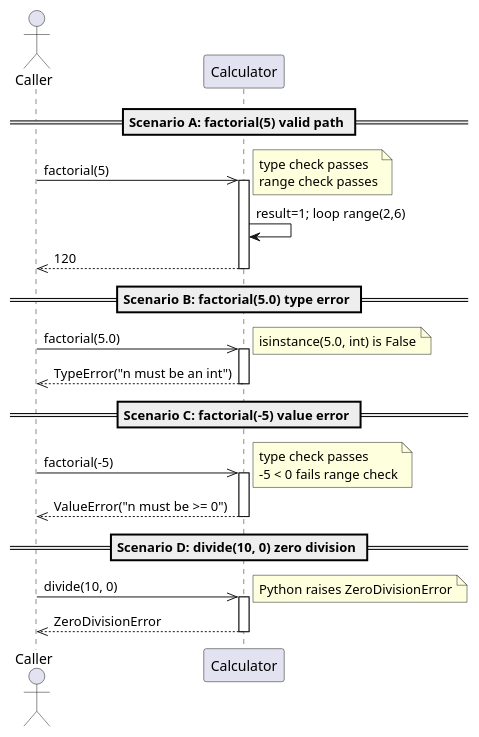
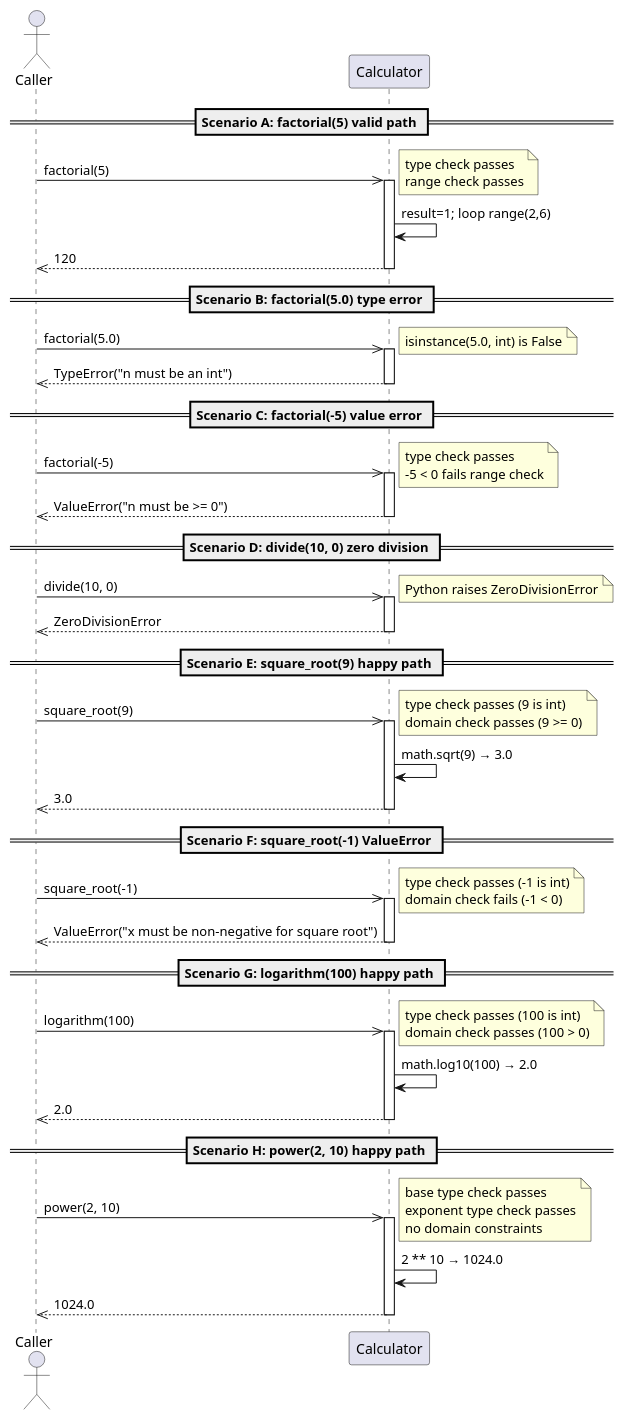
One commit to DanielRiha8906/Calculator_bachelor_autoevolution_team changed the diagram in artifacts/sequence_calculator_operations.puml. Above: the diagram before and after it, drawn with PlantUML. The commit also changed 3 other files, not shown here.

Commit message:
docs: add UML diagrams for expert operations (issue #244)

```diff
--- a/artifacts/sequence_calculator_operations.puml
+++ b/artifacts/sequence_calculator_operations.puml
@@ -1,39 +1,74 @@
 @startuml sequence_calculator_operations
 
 actor Caller
 participant "Calculator" as Calc
 
 == Scenario A: factorial(5) valid path ==
 
 Caller ->> Calc : factorial(5)
 activate Calc
 note right : type check passes\nrange check passes
 Calc -> Calc : result=1; loop range(2,6)
 Calc -->> Caller : 120
 deactivate Calc
 
 == Scenario B: factorial(5.0) type error ==
 
 Caller ->> Calc : factorial(5.0)
 activate Calc
 note right : isinstance(5.0, int) is False
 Calc -->> Caller : TypeError("n must be an int")
 deactivate Calc
 
 == Scenario C: factorial(-5) value error ==
 
 Caller ->> Calc : factorial(-5)
 activate Calc
 note right : type check passes\n-5 < 0 fails range check
 Calc -->> Caller : ValueError("n must be >= 0")
 deactivate Calc
 
 == Scenario D: divide(10, 0) zero division ==
 
 Caller ->> Calc : divide(10, 0)
 activate Calc
 note right : Python raises ZeroDivisionError
 Calc -->> Caller : ZeroDivisionError
 deactivate Calc
 
+== Scenario E: square_root(9) happy path ==
+
+Caller ->> Calc : square_root(9)
+activate Calc
+note right : type check passes (9 is int)\ndomain check passes (9 >= 0)
+Calc -> Calc : math.sqrt(9) → 3.0
+Calc -->> Caller : 3.0
+deactivate Calc
+
+== Scenario F: square_root(-1) ValueError ==
+
+Caller ->> Calc : square_root(-1)
+activate Calc
+note right : type check passes (-1 is int)\ndomain check fails (-1 < 0)
+Calc -->> Caller : ValueError("x must be non-negative for square root")
+deactivate Calc
+
+== Scenario G: logarithm(100) happy path ==
+
+Caller ->> Calc : logarithm(100)
+activate Calc
+note right : type check passes (100 is int)\ndomain check passes (100 > 0)
+Calc -> Calc : math.log10(100) → 2.0
+Calc -->> Caller : 2.0
+deactivate Calc
+
+== Scenario H: power(2, 10) happy path ==
+
+Caller ->> Calc : power(2, 10)
+activate Calc
+note right : base type check passes\nexponent type check passes\nno domain constraints
+Calc -> Calc : 2 ** 10 → 1024.0
+Calc -->> Caller : 1024.0
+deactivate Calc
+
 @enduml
```
